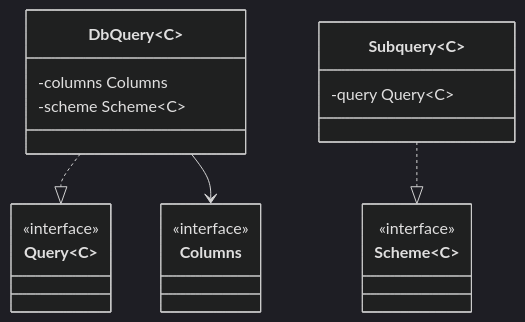
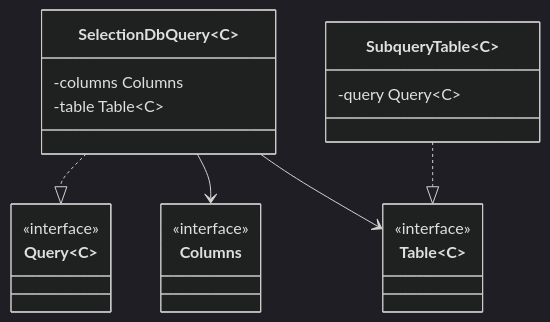
Before and after one commit to safarislava/QueryBricks: the sixth of 6 diagrams in docs/domain.md, drawn with Mermaid (dark theme). The commit also changed other lines of this file, not shown here.

Commit message:
docs: Define responsibilities of columns, table, schema

````diff
--- a/docs/domain.md
+++ b/docs/domain.md
@@ -119,28 +116,29 @@
 ```mermaid
 classDiagram
-    class Scheme~C~ {
+    class Table~C~ {
         <<interface>>
     }
 
     class Columns {
         <<interface>>
     }
 
     class Query~C~ {
         <<interface>>
     }
 
-    class DbQuery~C~ {
+    class SelectionDbQuery~C~ {
         -columns Columns
-        -scheme Scheme~C~
+        -table Table~C~
     }
-    DbQuery ..|> Query
-    DbQuery --> Columns
+    SelectionDbQuery ..|> Query
+    SelectionDbQuery --> Columns
+    SelectionDbQuery --> Table
 
-    class Subquery~C~ {
+    class SubqueryTable~C~ {
         -query Query~C~
     }
-    Subquery ..|> Scheme
+    SubqueryTable ..|> Table
 
     %% алиасы для таблиц и столбцов
 ```
````
